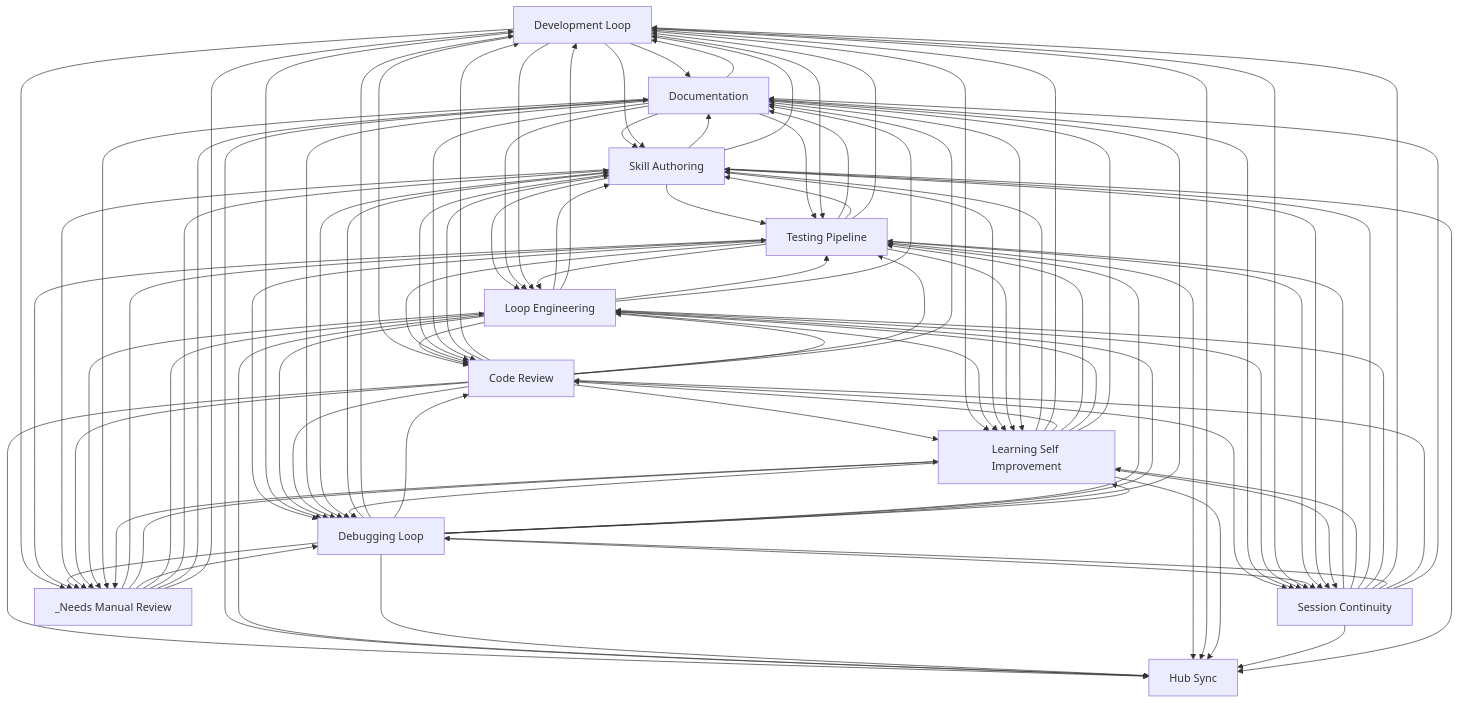
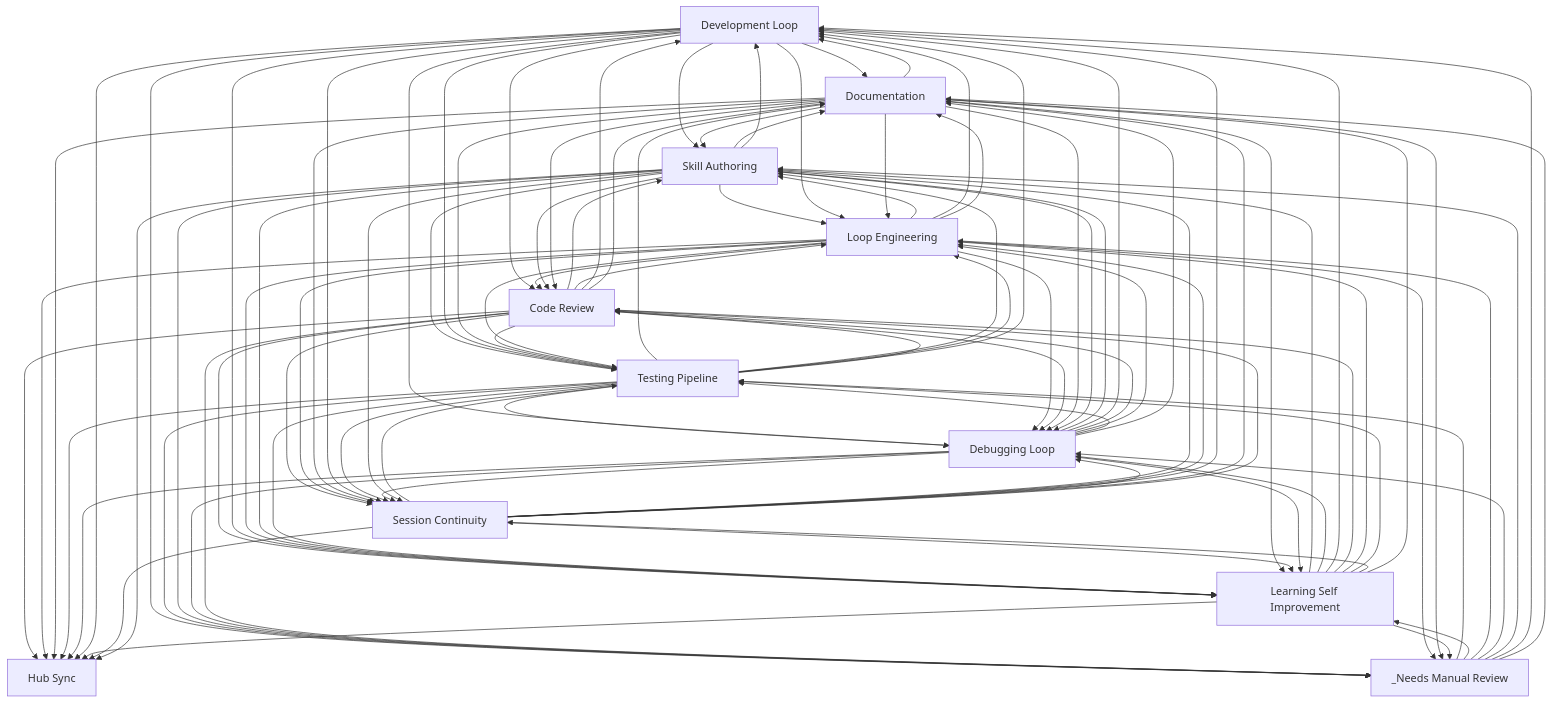
One commit to abhayla/claude-best-practices changed the diagram in docs/workflows/INDEX.md. Above: the diagram before and after it, drawn with Mermaid. The commit also changed other lines of this file and 13 other files, not shown here.

````diff
--- a/docs/workflows/INDEX.md
+++ b/docs/workflows/INDEX.md
@@ -36,20 +36,20 @@
     skill_authoring --> documentation
     development_loop --> documentation
     testing_pipeline --> documentation
+    skill_authoring --> loop_engineering
     skill_authoring --> testing_pipeline
-    skill_authoring --> loop_engineering
+    development_loop --> skill_authoring
+    development_loop --> loop_engineering
+    development_loop --> testing_pipeline
     documentation --> skill_authoring
+    documentation --> loop_engineering
     documentation --> testing_pipeline
-    documentation --> loop_engineering
-    development_loop --> skill_authoring
-    development_loop --> testing_pipeline
-    development_loop --> loop_engineering
     testing_pipeline --> skill_authoring
     testing_pipeline --> loop_engineering
     code_review --> skill_authoring
+    code_review --> loop_engineering
     code_review --> development_loop
     code_review --> testing_pipeline
-    code_review --> loop_engineering
     development_loop --> code_review
     loop_engineering --> skill_authoring
     loop_engineering --> development_loop
@@ -64,8 +64,8 @@
     debugging_loop --> skill_authoring
     debugging_loop --> development_loop
     debugging_loop --> code_review
+    debugging_loop --> loop_engineering
     debugging_loop --> testing_pipeline
-    debugging_loop --> loop_engineering
     development_loop --> debugging_loop
     documentation --> development_loop
     loop_engineering --> debugging_loop
@@ -79,54 +79,54 @@
     code_review --> debugging_loop
     documentation --> debugging_loop
     documentation --> code_review
-    code_review --> hub_sync
     code_review --> session_continuity
     code_review --> documentation
+    code_review --> hub_sync
+    loop_engineering --> session_continuity
+    loop_engineering --> hub_sync
+    documentation --> session_continuity
     documentation --> hub_sync
     documentation --> learning_self_improvement
-    documentation --> session_continuity
-    loop_engineering --> hub_sync
-    loop_engineering --> session_continuity
     session_continuity --> testing_pipeline
     session_continuity --> learning_self_improvement
     development_loop --> session_continuity
     _needs_manual_review --> testing_pipeline
     _needs_manual_review --> learning_self_improvement
+    testing_pipeline --> session_continuity
+    debugging_loop --> session_continuity
     debugging_loop --> learning_self_improvement
-    debugging_loop --> session_continuity
-    testing_pipeline --> session_continuity
+    testing_pipeline --> hub_sync
+    debugging_loop --> documentation
     debugging_loop --> hub_sync
-    debugging_loop --> documentation
-    testing_pipeline --> hub_sync
     development_loop --> hub_sync
     skill_authoring --> session_continuity
     skill_authoring --> debugging_loop
+    _needs_manual_review --> loop_engineering
     _needs_manual_review --> debugging_loop
-    _needs_manual_review --> loop_engineering
+    learning_self_improvement --> skill_authoring
     learning_self_improvement --> debugging_loop
-    learning_self_improvement --> skill_authoring
     learning_self_improvement --> development_loop
     learning_self_improvement --> code_review
+    learning_self_improvement --> loop_engineering
     learning_self_improvement --> testing_pipeline
-    learning_self_improvement --> loop_engineering
+    skill_authoring --> _needs_manual_review
     debugging_loop --> _needs_manual_review
-    skill_authoring --> _needs_manual_review
     code_review --> _needs_manual_review
     loop_engineering --> _needs_manual_review
     _needs_manual_review --> skill_authoring
+    _needs_manual_review --> development_loop
     _needs_manual_review --> documentation
-    _needs_manual_review --> development_loop
     learning_self_improvement --> session_continuity
     documentation --> _needs_manual_review
     session_continuity --> skill_authoring
     session_continuity --> loop_engineering
+    learning_self_improvement --> documentation
     learning_self_improvement --> hub_sync
-    learning_self_improvement --> documentation
     session_continuity --> development_loop
     session_continuity --> debugging_loop
+    session_continuity --> documentation
     session_continuity --> hub_sync
     session_continuity --> code_review
-    session_continuity --> documentation
     skill_authoring --> hub_sync
     learning_self_improvement --> _needs_manual_review
 ```
````
